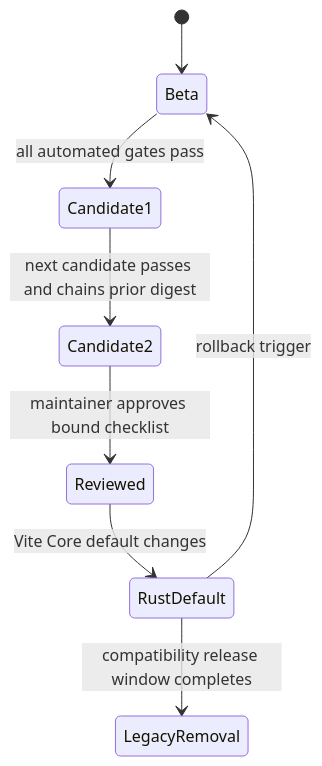
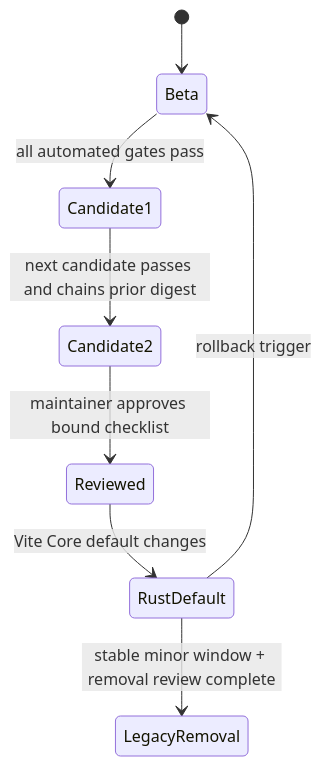
One commit to fictjs/fict changed the diagram in docs/features/rust-compiler-rollout/rollout.md. Above: the diagram before and after it, drawn with Mermaid. The commit also changed other lines of this file and 6 other files, not shown here.

Commit message:
feat(compiler): gate legacy removal on release window

````diff
--- a/docs/features/rust-compiler-rollout/rollout.md
+++ b/docs/features/rust-compiler-rollout/rollout.md
@@ -33,10 +35,10 @@
 ```mermaid
 stateDiagram-v2
   [*] --> Beta
   Beta --> Candidate1: all automated gates pass
   Candidate1 --> Candidate2: next candidate passes and chains prior digest
   Candidate2 --> Reviewed: maintainer approves bound checklist
   Reviewed --> RustDefault: Vite Core default changes
   RustDefault --> Beta: rollback trigger
-  RustDefault --> LegacyRemoval: compatibility release window completes
+  RustDefault --> LegacyRemoval: stable minor window + removal review complete
 ```
````
